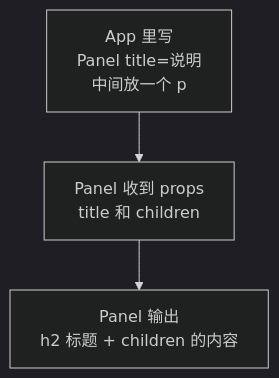
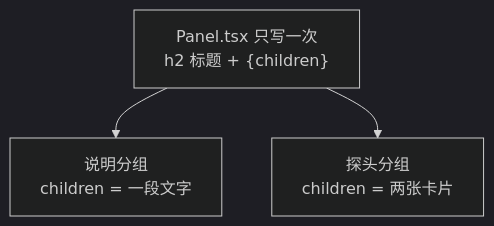
Before and after one commit to zerioo1970/summary: the second of 2 diagrams in React19精简教程/docs/ch03C-children传一段界面.md, drawn with Mermaid (dark theme). The commit also changed other lines of this file, not shown here.

Commit message:
docs(React19精简教程): 3C 加两张示意图：children 从哪来到哪去、同一个 Panel 放不同内容

````diff
--- a/React19精简教程/docs/ch03C-children传一段界面.md
+++ b/React19精简教程/docs/ch03C-children传一段界面.md
@@ -45,5 +183,6 @@
 ```mermaid
 graph TB
-    A["App 里写<br/>Panel title=说明<br/>中间放一个 p"] --> B["Panel 收到 props<br/>title 和 children"]
-    B --> C["Panel 输出<br/>h2 标题 + children 的内容"]
+    P["Panel.tsx 只写一次<br/>h2 标题 + {children}"]
+    P --> X["说明分组<br/>children = 一段文字"]
+    P --> Y["探头分组<br/>children = 两张卡片"]
 ```
````
